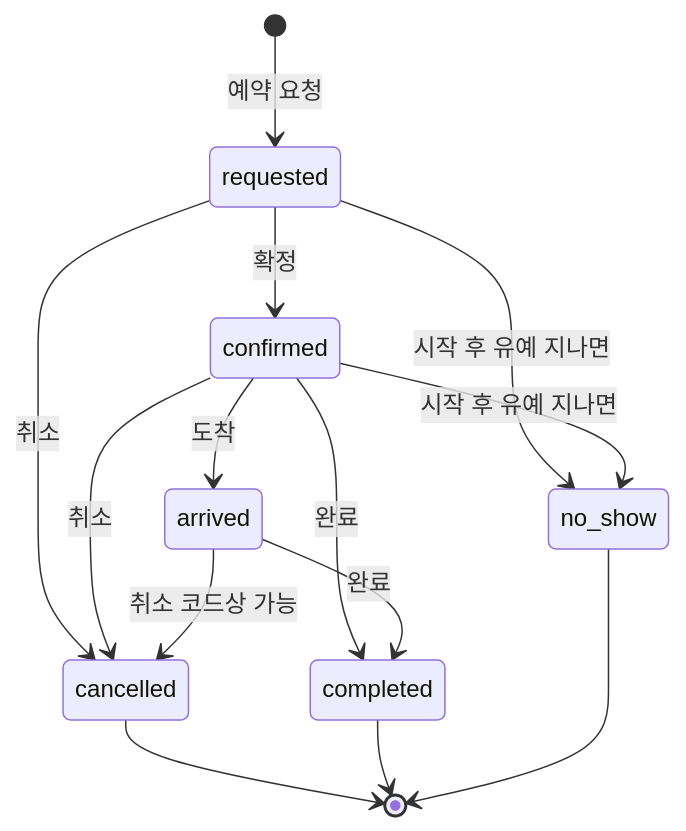
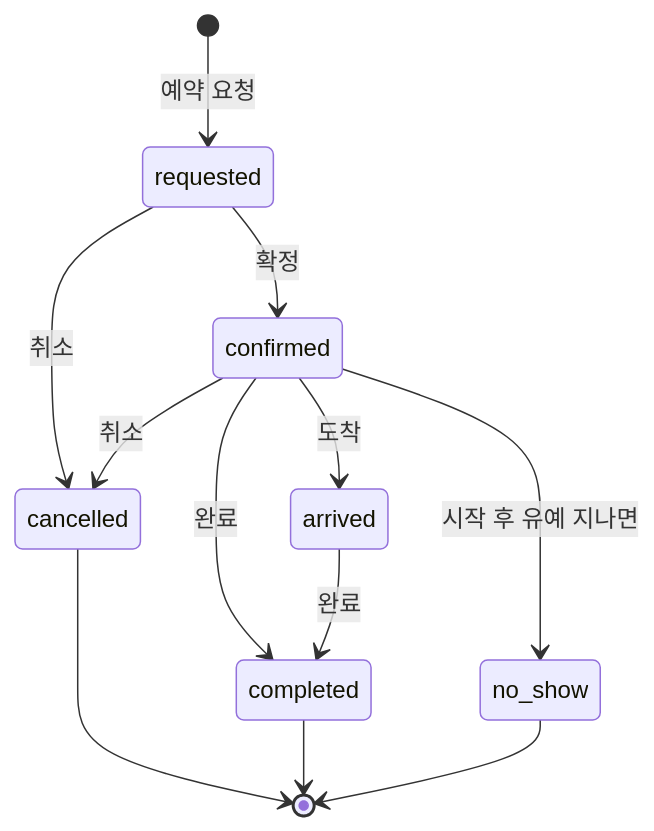
One commit to yun9207-design/02-reservation-noshow-dashboard changed the second of 3 diagrams in BUSINESS_MODEL.md. Above: the diagram before and after it, drawn with Mermaid. The commit also changed other lines of this file and 3 other files, not shown here.

````diff
--- a/BUSINESS_MODEL.md
+++ b/BUSINESS_MODEL.md
@@ -86,16 +86,14 @@
 ```mermaid
 stateDiagram-v2
     [*] --> requested : 예약 요청
     requested --> confirmed : 확정
     confirmed --> arrived : 도착
     confirmed --> completed : 완료
     arrived --> completed : 완료
     requested --> cancelled : 취소
     confirmed --> cancelled : 취소
-    arrived --> cancelled : 취소 코드상 가능
-    requested --> no_show : 시작 후 유예 지나면
     confirmed --> no_show : 시작 후 유예 지나면
     cancelled --> [*]
     completed --> [*]
     no_show --> [*]
 ```
````
